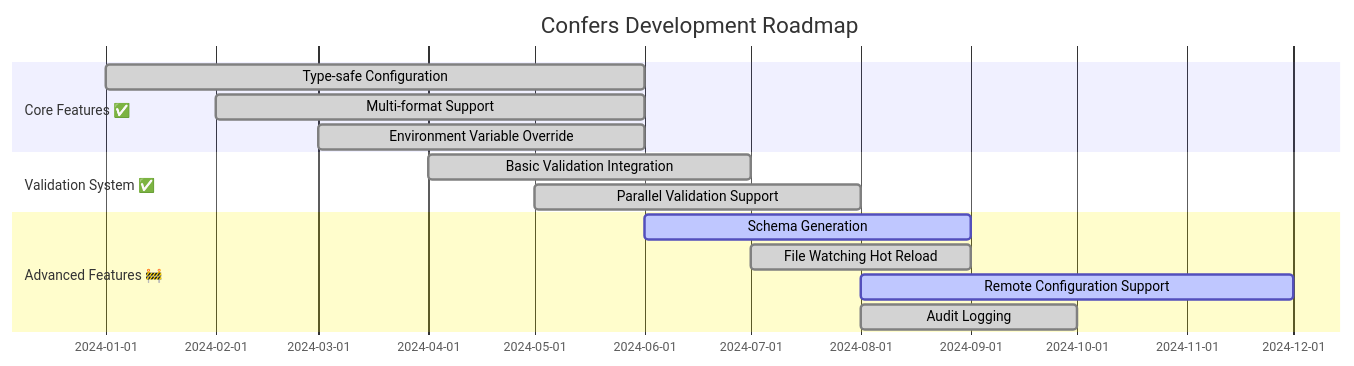
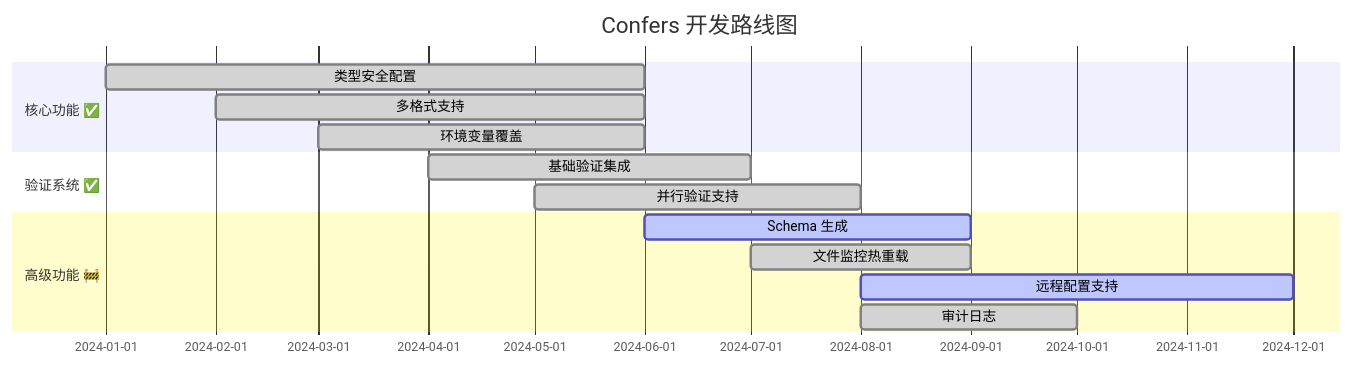
Before and after one commit to Kirky-X/confers: the third of 3 diagrams in README_zh.md, drawn with Mermaid. The commit also changed other lines of this file and 1 other file, not shown here.

First line of the commit message:
docs: remove plugin system and Web UI from roadmap

````diff
--- a/README_zh.md
+++ b/README_zh.md
@@ -928,17 +912,17 @@
 ```mermaid
 gantt
-    title Confers Development Roadmap
+    title Confers 开发路线图
     dateFormat  YYYY-MM
-    section Core Features ✅
-    Type-safe Configuration     :done, 2024-01, 2024-06
-    Multi-format Support       :done, 2024-02, 2024-06
-    Environment Variable Override     :done, 2024-03, 2024-06
-    section Validation System ✅
-    Basic Validation Integration     :done, 2024-04, 2024-07
-    Parallel Validation Support     :done, 2024-05, 2024-08
-    section Advanced Features 🚧
-    Schema Generation      :active, 2024-06, 2024-09
-    File Watching Hot Reload   :done, 2024-07, 2024-09
-    Remote Configuration Support     :active, 2024-08, 2024-12
-    Audit Logging         :done, 2024-08, 2024-10
+    section 核心功能 ✅
+    类型安全配置     :done, 2024-01, 2024-06
+    多格式支持       :done, 2024-02, 2024-06
+    环境变量覆盖     :done, 2024-03, 2024-06
+    section 验证系统 ✅
+    基础验证集成     :done, 2024-04, 2024-07
+    并行验证支持     :done, 2024-05, 2024-08
+    section 高级功能 🚧
+    Schema 生成      :active, 2024-06, 2024-09
+    文件监控热重载   :done, 2024-07, 2024-09
+    远程配置支持     :active, 2024-08, 2024-12
+    审计日志         :done, 2024-08, 2024-10
 ```
````
